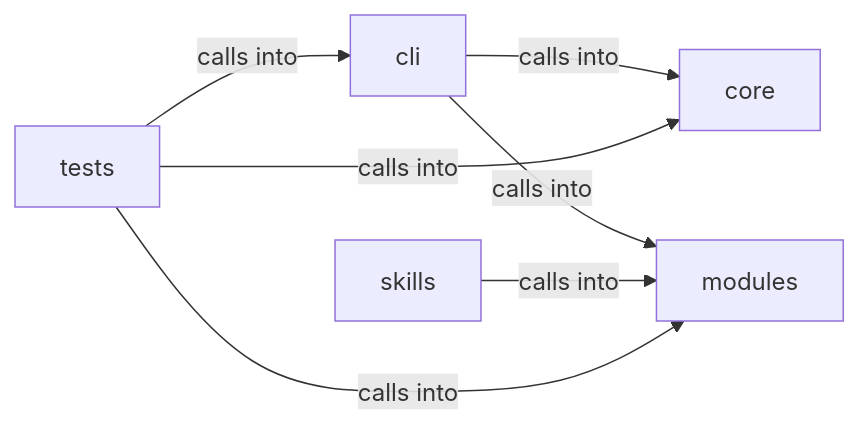
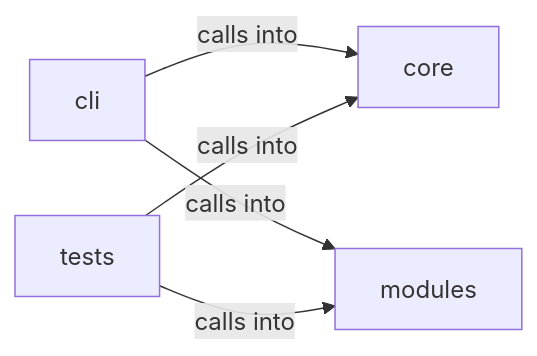
One commit to grisuno/LazyOwn changed the diagram in readmenator-diagrams/modules_opsec_scorer.md. Above: the diagram before and after it, drawn with Mermaid. The commit also changed other lines of this file and 496 other files, not shown here.

First line of the commit message:
test: A mediator architecture is implemented with a safety harness inspired by Apollo 11.

````diff
--- a/readmenator-diagrams/modules_opsec_scorer.md
+++ b/readmenator-diagrams/modules_opsec_scorer.md
@@ -5,14 +5,11 @@
 ```mermaid
 graph LR
     cli["cli"]
     core["core"]
     modules["modules"]
-    skills["skills"]
     tests["tests"]
     cli -- "calls into" --> core
     cli -- "calls into" --> modules
-    skills -- "calls into" --> modules
-    tests -- "calls into" --> cli
     tests -- "calls into" --> core
     tests -- "calls into" --> modules
 ```
````
